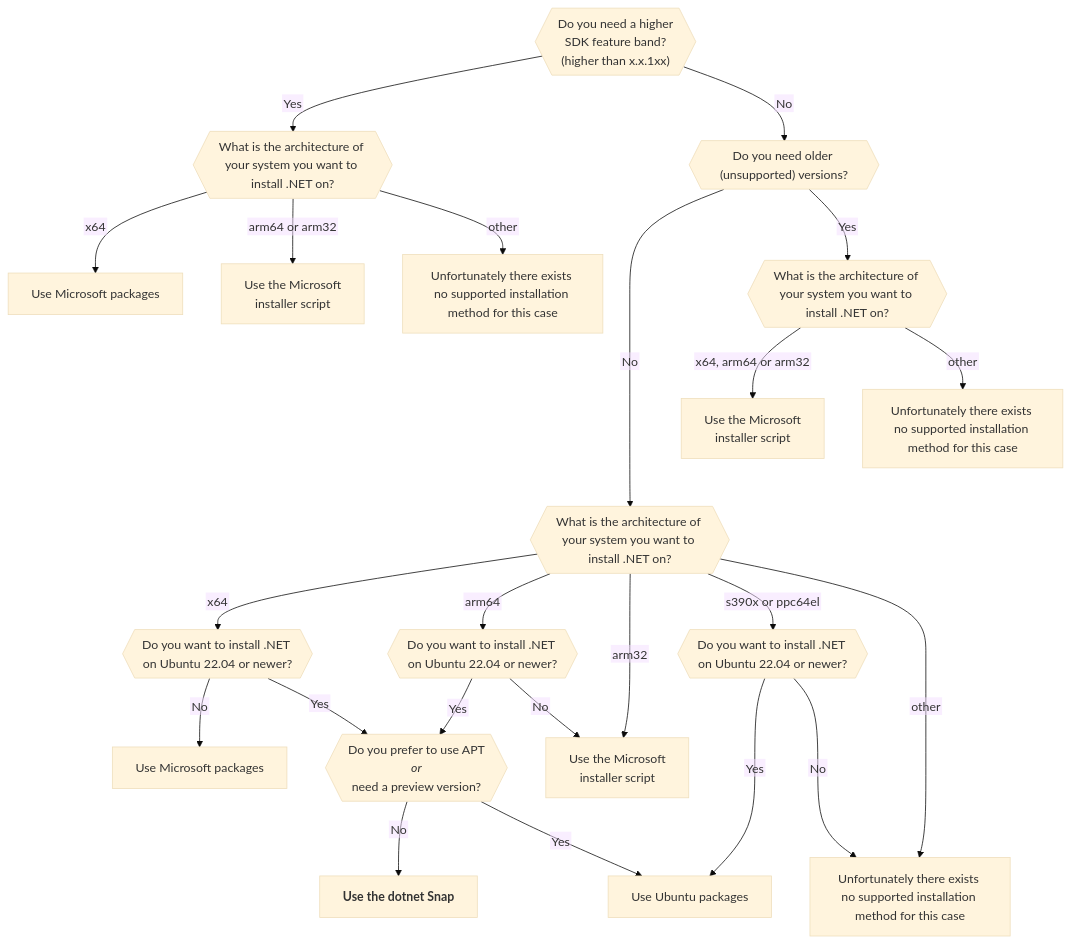
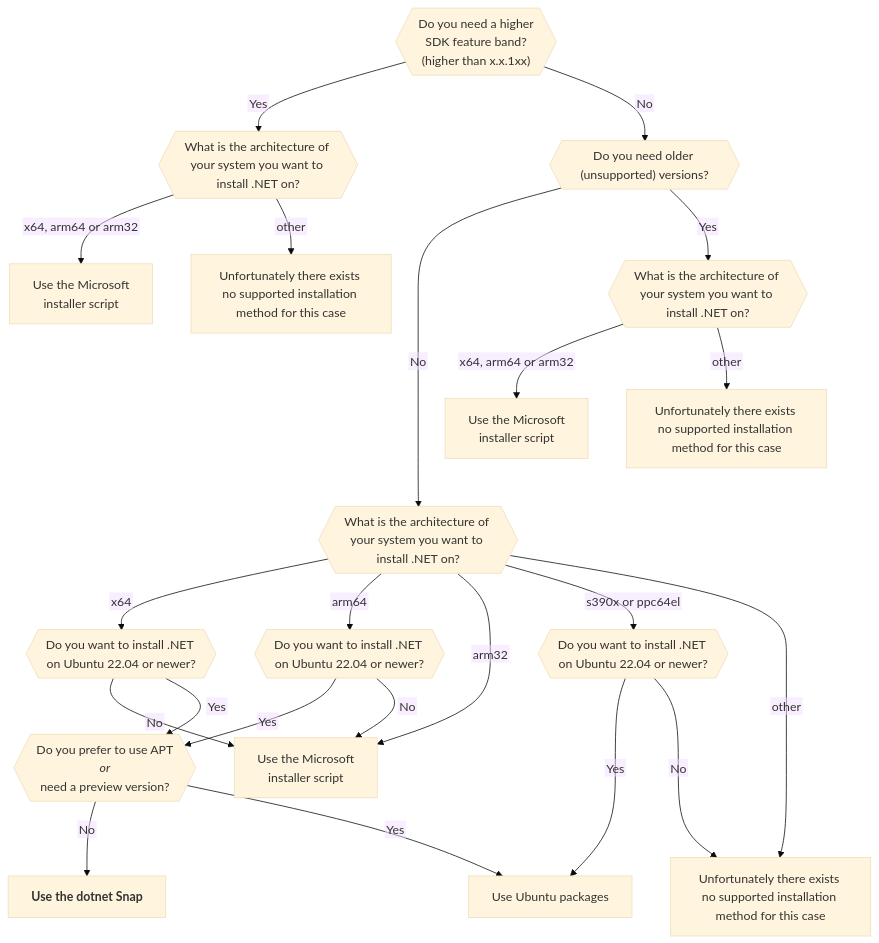
One commit to canonical/ubuntu-for-developers-docs changed the diagram in docs/howto/dotnet-setup.md. Above: the diagram before and after it, drawn with Mermaid (base theme). The commit also changed other lines of this file and 3 other files, not shown here.

````diff
--- a/docs/howto/dotnet-setup.md
+++ b/docs/howto/dotnet-setup.md
@@ -34,55 +34,52 @@
 ```{mermaid}
 
 %%{init: {"flowchart": {"htmlLabels": false}} }%%
 flowchart TD
     NeedNewerFeatureBands{{"`Do you need a higher<br>SDK feature band?<br>(higher than x.x.1xx)`"}}
     NeedOlderVersions{{"`Do you need older (unsupported) versions?`"}}
     WhichArch1{{"`What is the architecture of your system you want to install .NET on?`"}}
     WhichArch2{{"`What is the architecture of your system you want to install .NET on?`"}}
     WhichArch3{{"`What is the architecture of your system you want to install .NET on?`"}}
     NeedAPTOrPreview{{"`Do you prefer to use APT<br>*or*<br>need a preview version?`"}}
     UsesAmd64JammyOrNewer{{"`Do you want to install .NET on Ubuntu 22.04 or newer?`"}}
     UsesArm64JammyOrNewer{{"`Do you want to install .NET on Ubuntu 22.04 or newer?`"}}
     UsesS390xOrPowerJammyOrNewer{{"`Do you want to install .NET on Ubuntu 22.04 or newer?`"}}
     
     UbuntuPackagesInstallation["`Use Ubuntu packages`"]
     SnapInstallation["`**Use the <c>dotnet</c> Snap**`"]
-    MicrosoftPackagesInstallation1["`Use Microsoft packages`"]
-    MicrosoftPackagesInstallation2["`Use Microsoft packages`"]
     MicrosoftScriptInstallation1["`Use the Microsoft<br>installer script`"]
     MicrosoftScriptInstallation2["`Use the Microsoft<br>installer script`"]
     MicrosoftScriptInstallation3["`Use the Microsoft<br>installer script`"]
     NoInstallation1["`Unfortunately there exists no supported installation method for this case`"]
     NoInstallation2["`Unfortunately there exists no supported installation method for this case`"]
     NoInstallation3["`Unfortunately there exists no supported installation method for this case`"]
 
     NeedNewerFeatureBands -- Yes --> WhichArch1
     NeedNewerFeatureBands -- No --> NeedOlderVersions
-    WhichArch1 -- x64 --> MicrosoftPackagesInstallation1
-    WhichArch1 -- arm64 or arm32 --> MicrosoftScriptInstallation1
+    WhichArch1 -- x64, arm64 or arm32 --> MicrosoftScriptInstallation1
     WhichArch1 -- other --> NoInstallation1
 
     NeedOlderVersions -- No ----> WhichArch3
     NeedOlderVersions -- Yes --> WhichArch2
     WhichArch2 -- x64, arm64 or arm32 --> MicrosoftScriptInstallation2
     WhichArch2 -- other --> NoInstallation2
     
 
     WhichArch3 -- x64 --> UsesAmd64JammyOrNewer
     WhichArch3 -- arm64 --> UsesArm64JammyOrNewer
     WhichArch3 -- arm32 --> MicrosoftScriptInstallation3
     WhichArch3 -- s390x or ppc64el --> UsesS390xOrPowerJammyOrNewer
     WhichArch3 -- other --> NoInstallation3
 
-    UsesAmd64JammyOrNewer -- No --> MicrosoftPackagesInstallation2
+    UsesAmd64JammyOrNewer -- No --> MicrosoftScriptInstallation3
     UsesAmd64JammyOrNewer -- Yes --> NeedAPTOrPreview
 
     UsesArm64JammyOrNewer -- Yes --> NeedAPTOrPreview
     UsesArm64JammyOrNewer -- No --> MicrosoftScriptInstallation3
 
     UsesS390xOrPowerJammyOrNewer -- Yes --> UbuntuPackagesInstallation
     UsesS390xOrPowerJammyOrNewer -- No ---> NoInstallation3
 
     NeedAPTOrPreview -- No --> SnapInstallation
     NeedAPTOrPreview -- Yes --> UbuntuPackagesInstallation
 ```
````
